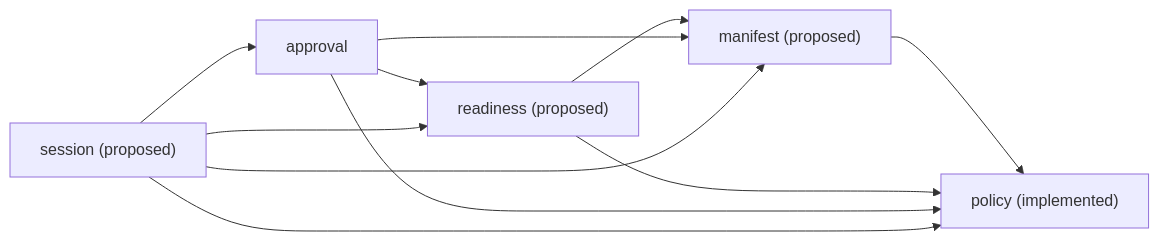
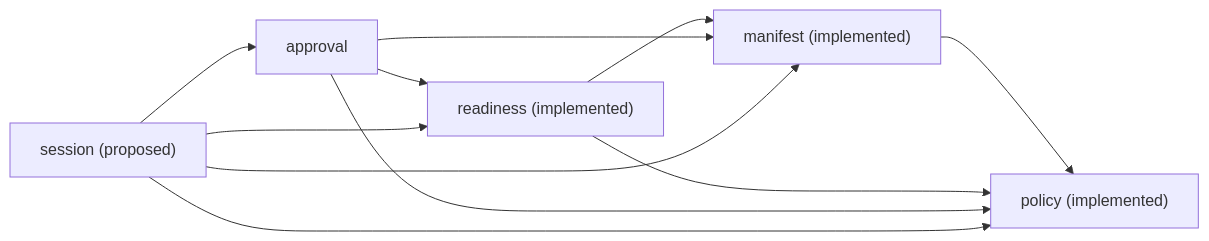
One commit to donvargax/itos-container changed the second of 2 diagrams in docs/architecture/arc42.md. Above: the diagram before and after it, drawn with Mermaid. The commit also changed other lines of this file, not shown here.

First line of the commit message:
docs: reconcile implemented engine status in arc42

````diff
--- a/docs/architecture/arc42.md
+++ b/docs/architecture/arc42.md
@@ -219,13 +219,13 @@
 ```mermaid
 flowchart LR
-    manifest["manifest (proposed)"] --> policy["policy (implemented)"]
-    readiness["readiness (proposed)"] --> policy
+    manifest["manifest (implemented)"] --> policy["policy (implemented)"]
+    readiness["readiness (implemented)"] --> policy
     readiness --> manifest
     approval["approval"] --> policy
     approval --> manifest
     approval --> readiness
     session["session (proposed)"] --> policy
     session --> manifest
     session --> readiness
     session --> approval
 ```
````
